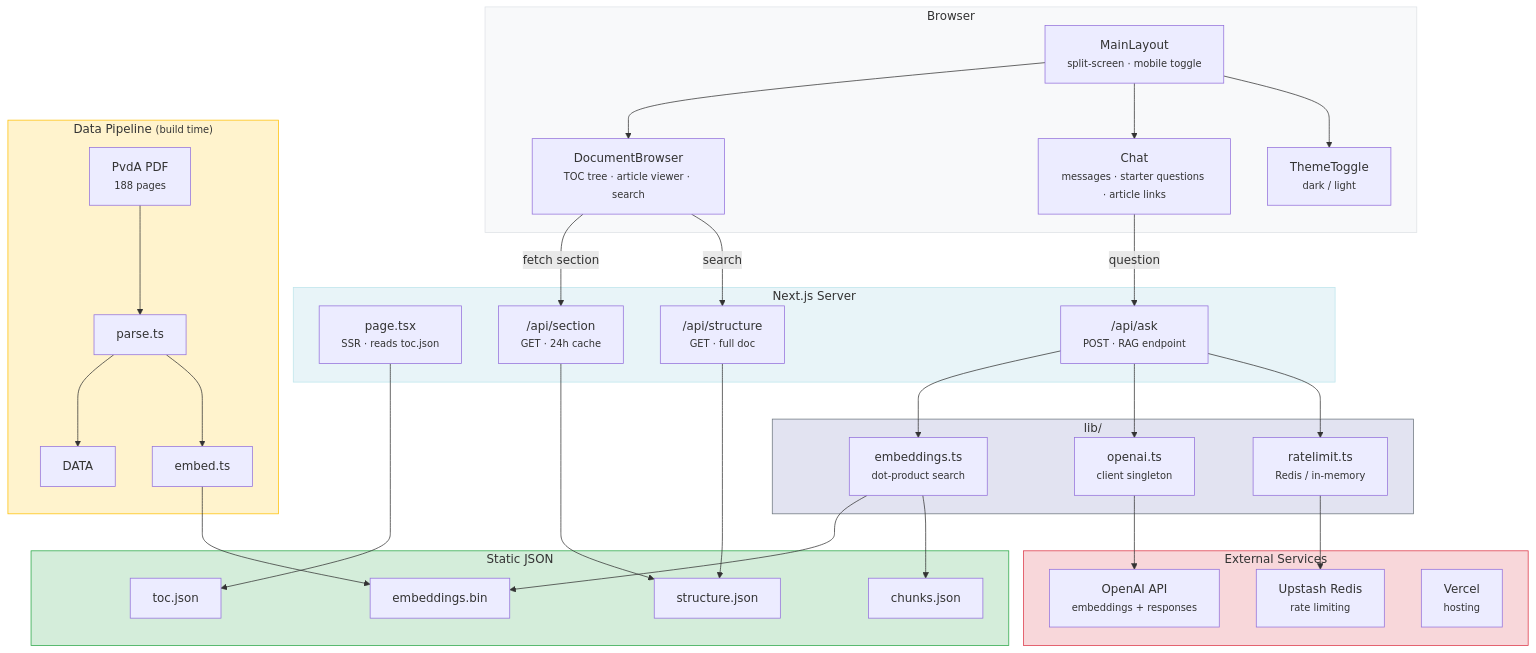
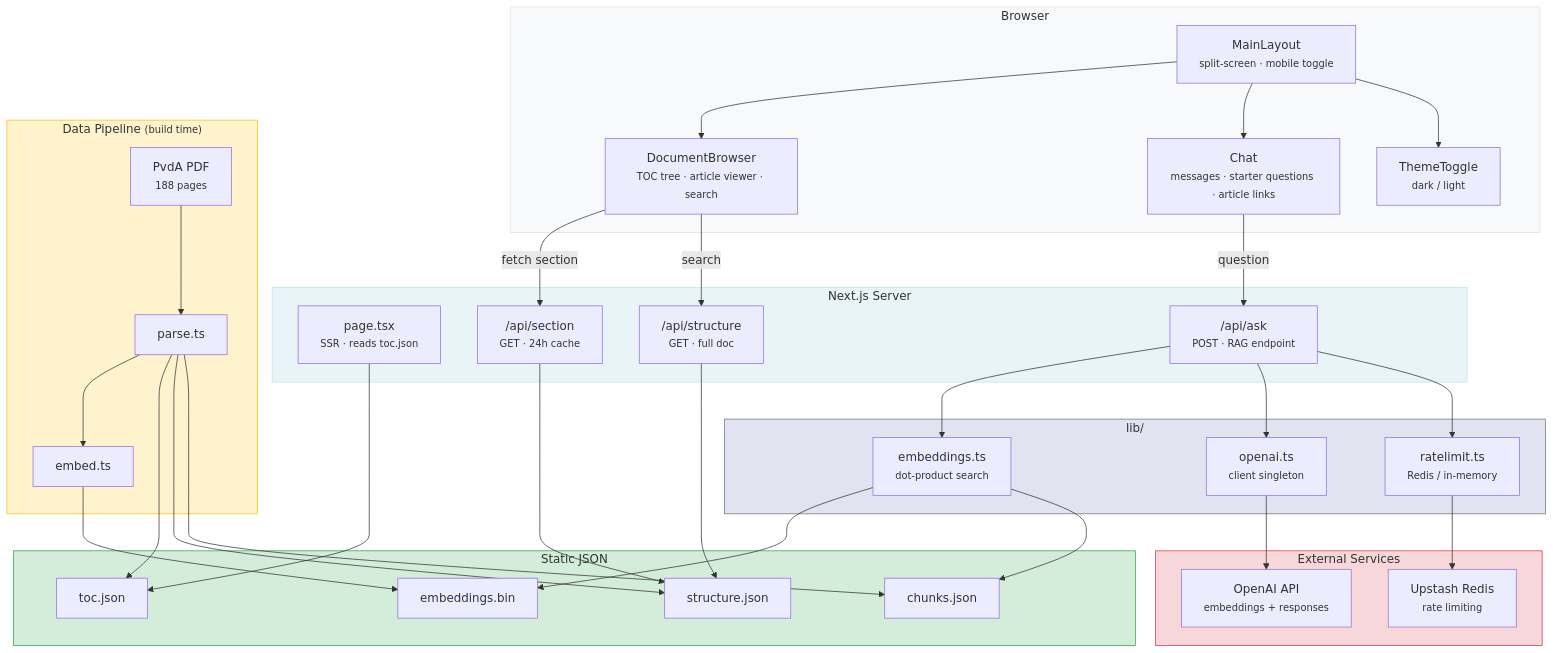
The diagram in README.md (julianaijal/PvdAI), drawn with Mermaid before and after one commit. The commit also changed other lines of this file and 1 other file, not shown here.

Commit message:
add screenshot to README

````diff
--- a/README.md
+++ b/README.md
@@ -118,69 +117,70 @@
 ```mermaid
 graph TB
     subgraph Client["Browser"]
         ML["MainLayout<br/><small>split-screen · mobile toggle</small>"]
         DB["DocumentBrowser<br/><small>TOC tree · article viewer · search</small>"]
         CH["Chat<br/><small>messages · starter questions · article links</small>"]
         TT["ThemeToggle<br/><small>dark / light</small>"]
         ML --> DB
         ML --> CH
         ML --> TT
     end
 
     subgraph Server["Next.js Server"]
         PAGE["page.tsx<br/><small>SSR · reads toc.json</small>"]
         ASK["/api/ask<br/><small>POST · RAG endpoint</small>"]
         SEC["/api/section<br/><small>GET · 24h cache</small>"]
         STR["/api/structure<br/><small>GET · full doc</small>"]
     end
 
     subgraph Pipeline["Data Pipeline <small>(build time)</small>"]
         PDF["PvdA PDF<br/><small>188 pages</small>"]
         PARSE["parse.ts"]
         EMBED["embed.ts"]
         PDF --> PARSE
-        PARSE --> DATA
         PARSE --> EMBED
     end
 
     subgraph Data["Static JSON"]
         TOC["toc.json"]
         STRUCT["structure.json"]
         CHUNKS["chunks.json"]
         EMB["embeddings.bin"]
     end
 
     subgraph Lib["lib/"]
         OAI["openai.ts<br/><small>client singleton</small>"]
         EMBLIB["embeddings.ts<br/><small>dot-product search</small>"]
         RL["ratelimit.ts<br/><small>Redis / in-memory</small>"]
     end
 
     subgraph External["External Services"]
         OPENAI["OpenAI API<br/><small>embeddings + responses</small>"]
         REDIS["Upstash Redis<br/><small>rate limiting</small>"]
-        VERCEL["Vercel<br/><small>hosting</small>"]
     end
 
     PAGE --> TOC
+    PARSE --> TOC
+    PARSE --> STRUCT
+    PARSE --> CHUNKS
     DB -->|"fetch section"| SEC
     DB -->|"search"| STR
     CH -->|"question"| ASK
     SEC --> STRUCT
     STR --> STRUCT
     ASK --> EMBLIB
     ASK --> OAI
     EMBLIB --> EMB
     EMBLIB --> CHUNKS
     OAI --> OPENAI
     RL --> REDIS
     ASK --> RL
     EMBED --> EMB
 
     style Client fill:#f8f9fa,stroke:#dee2e6
     style Server fill:#e8f4f8,stroke:#bee5eb
     style Pipeline fill:#fff3cd,stroke:#ffc107
     style Data fill:#d4edda,stroke:#28a745
     style Lib fill:#e2e3f1,stroke:#6c757d
     style External fill:#f8d7da,stroke:#dc3545
 ```
````
